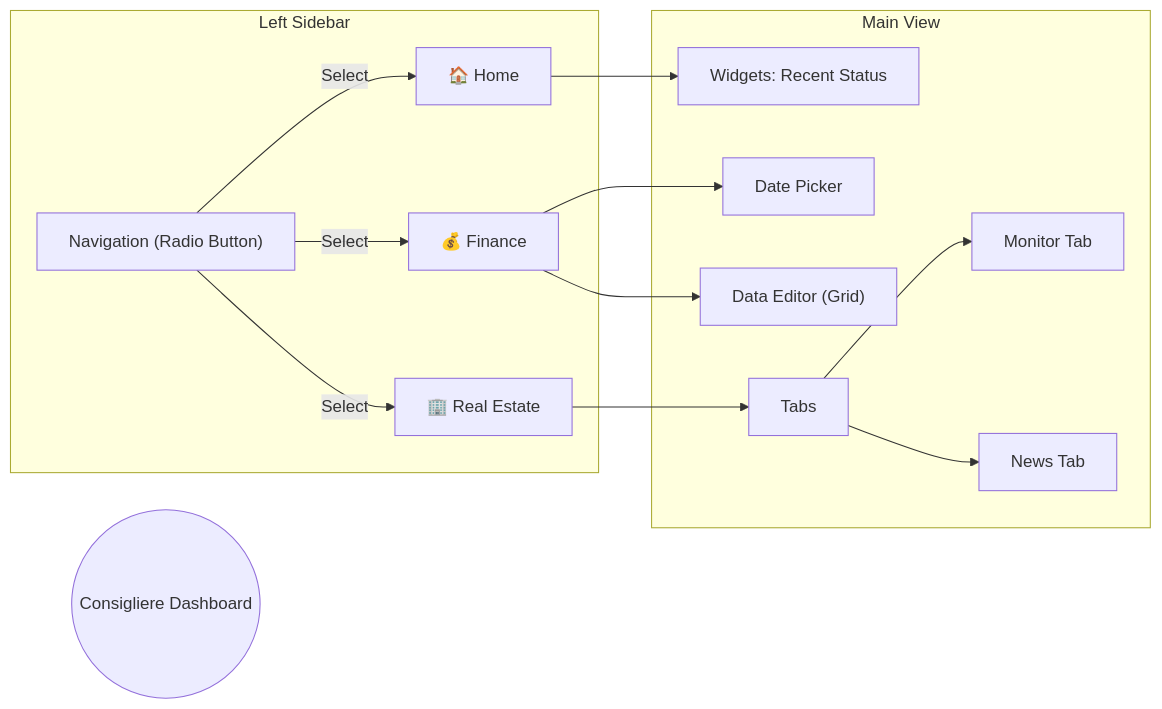
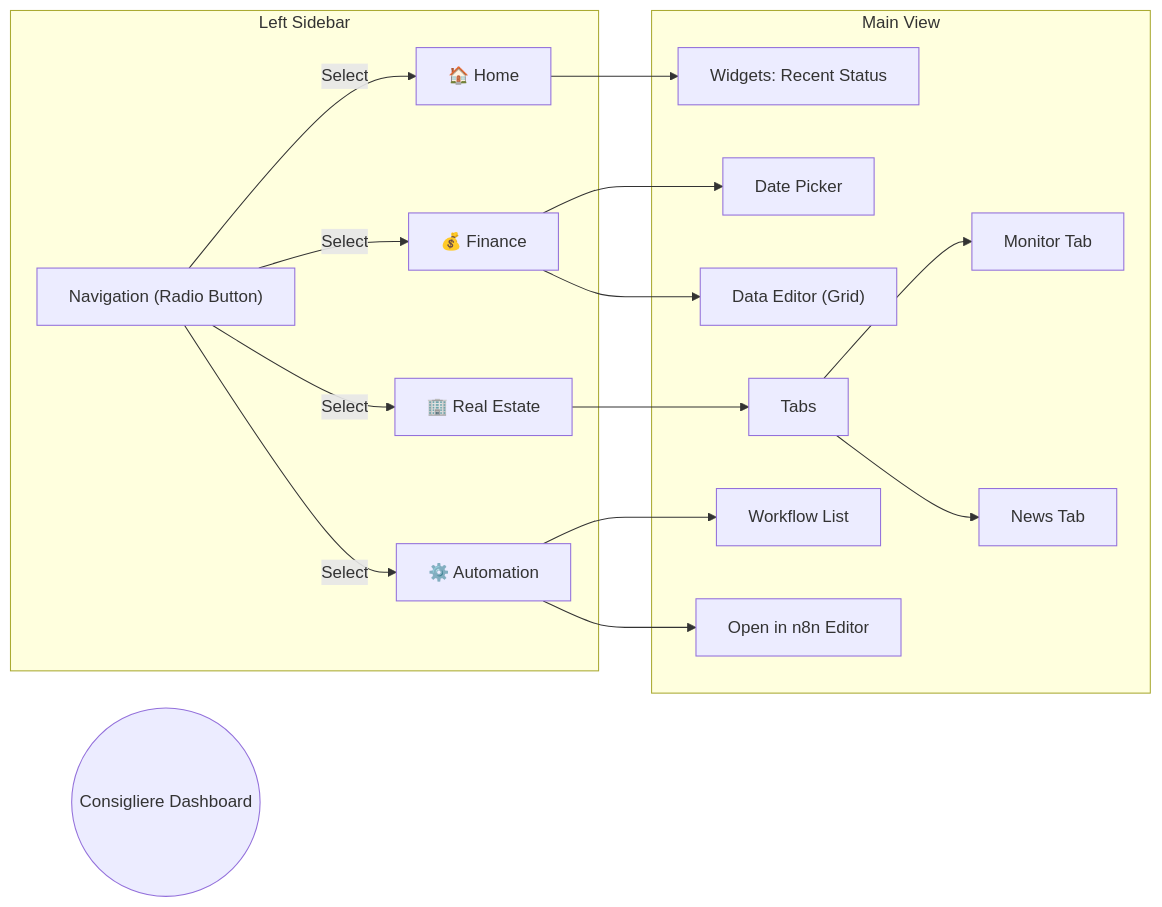
Before and after one commit to drather/Consigliere: the diagram in docs/system_snapshot/ui_structure.md, drawn with Mermaid. The commit also changed other lines of this file and 15 other files, not shown here.

Commit message:
feat: finalize workflow automation deployment and dashboard containerization

````diff
--- a/docs/system_snapshot/ui_structure.md
+++ b/docs/system_snapshot/ui_structure.md
@@ -11,21 +11,24 @@
 ```mermaid
 graph LR
     Root((Consigliere Dashboard))
     
     subgraph Sidebar["Left Sidebar"]
         Nav["Navigation (Radio Button)"]
         Nav -->|Select| Home["🏠 Home"]
         Nav -->|Select| Finance["💰 Finance"]
         Nav -->|Select| RealEstate["🏢 Real Estate"]
+        Nav -->|Select| Automation["⚙️ Automation"]
     end
     
     subgraph MainContent["Main View"]
         Home --> HomeWidgets["Widgets: Recent Status"]
         Finance --> FinDate["Date Picker"]
         Finance --> FinGrid["Data Editor (Grid)"]
         RealEstate --> RE_Tabs[Tabs]
         
         RE_Tabs --> RE_Tab1["Monitor Tab"]
         RE_Tabs --> RE_Tab2["News Tab"]
+        Automation --> AutoList["Workflow List"]
+        Automation --> AutoEditor["Open in n8n Editor"]
     end
 ```
````
